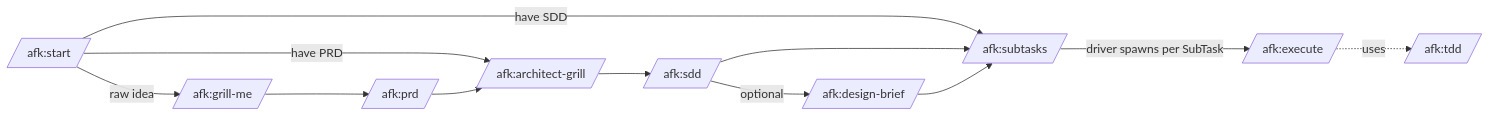
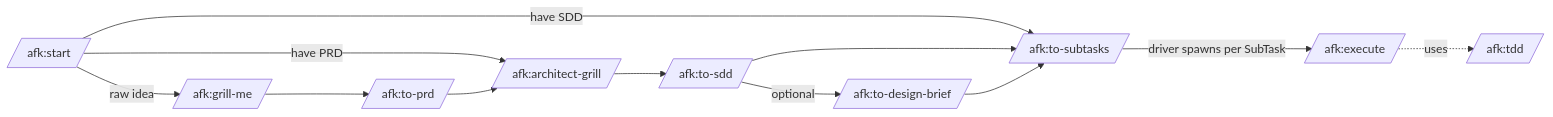
Before and after one commit to midnightblur/afk-driver: the diagram in skills/start/SKILL.md, drawn with Mermaid. The commit also changed other lines of this file and 10 other files, not shown here.

````diff
--- a/skills/start/SKILL.md
+++ b/skills/start/SKILL.md
@@ -20,12 +20,12 @@
    ```mermaid
    graph LR
        Start[/afk:start/] -->|raw idea| Grill[/afk:grill-me/]
        Start -->|have PRD| AG[/afk:architect-grill/]
-       Start -->|have SDD| Sub[/afk:subtasks/]
-       Grill --> Prd[/afk:prd/] --> AG --> Sdd[/afk:sdd/]
-       Sdd -->|optional| Brief[/afk:design-brief/]
+       Start -->|have SDD| Sub[/afk:to-subtasks/]
+       Grill --> Prd[/afk:to-prd/] --> AG --> Sdd[/afk:to-sdd/]
+       Sdd -->|optional| Brief[/afk:to-design-brief/]
        Sdd --> Sub
        Brief --> Sub
        Sub -->|driver spawns per SubTask| Exec[/afk:execute/]
        Exec -.uses.-> Tdd[/afk:tdd/]
    ```
````
